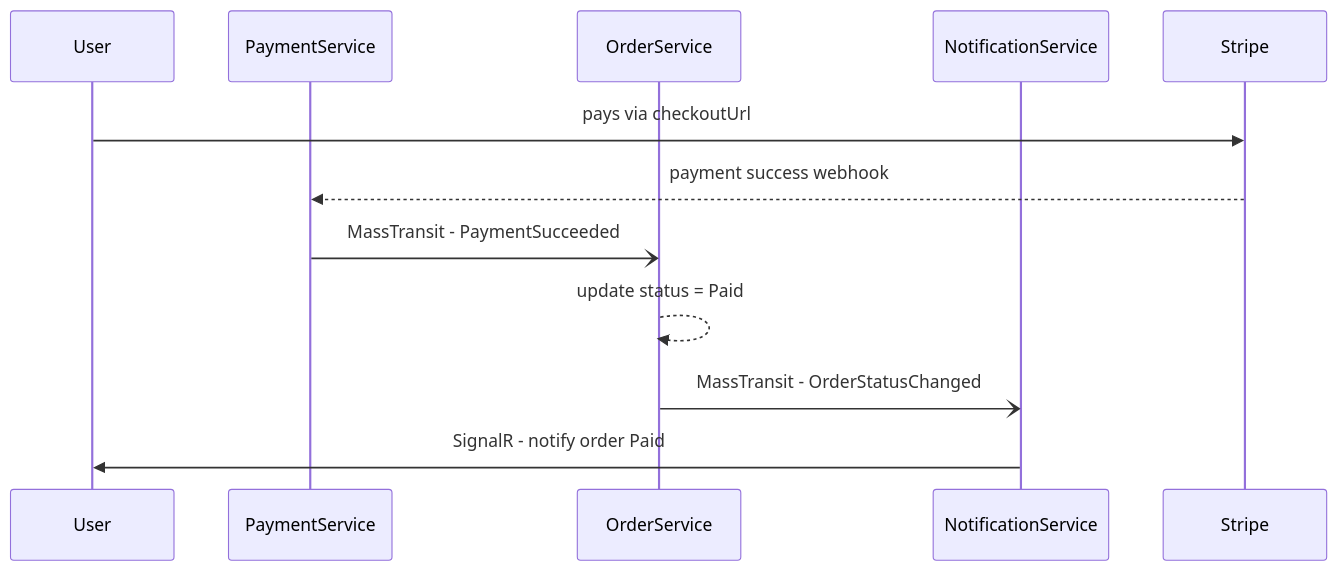
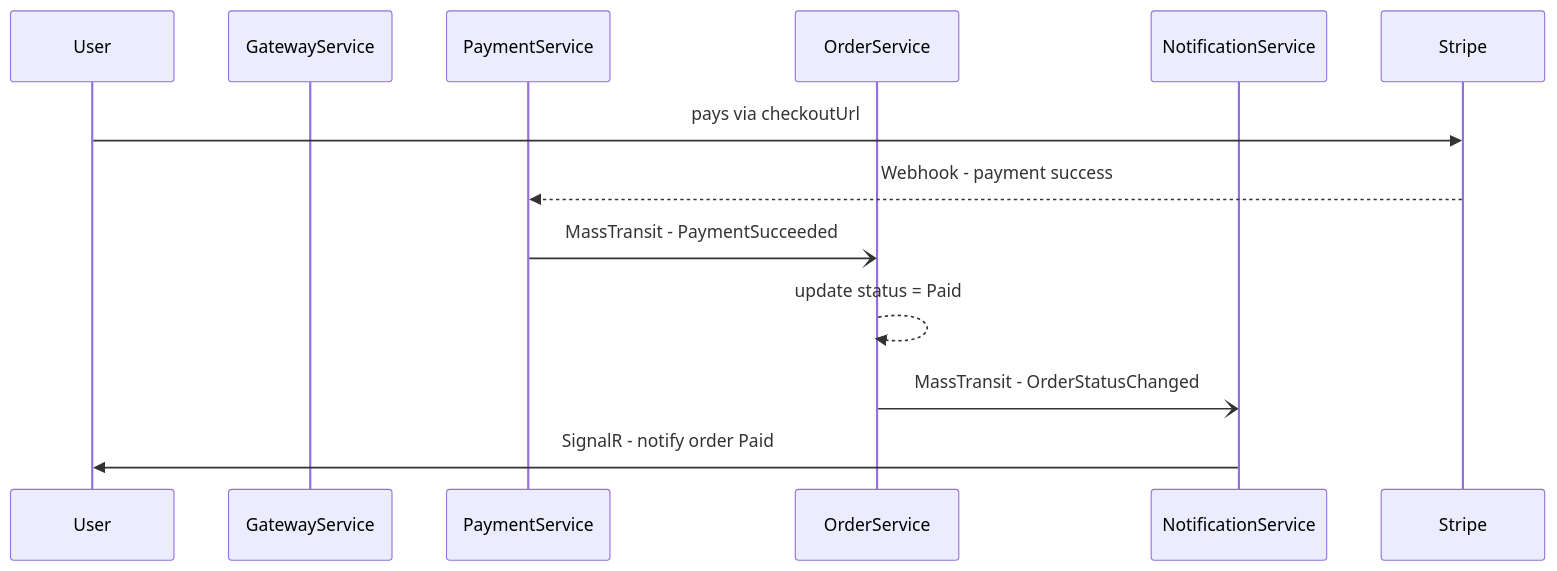
Before and after one commit to JakubKopecky-dev/ECommerceApp: the second of 2 diagrams in README.md, drawn with Mermaid. The commit also changed other lines of this file, not shown here.

````diff
--- a/README.md
+++ b/README.md
@@ -186,15 +194,16 @@
 ```mermaid
 sequenceDiagram
     participant User
+    participant GatewayService
     participant PaymentService
     participant OrderService
     participant NotificationService
     participant Stripe
 
     User->>Stripe: pays via checkoutUrl
-    Stripe-->>PaymentService: payment success webhook
+    Stripe-->>PaymentService: Webhook - payment success
     PaymentService-)OrderService: MassTransit - PaymentSucceeded
     OrderService-->>OrderService: update status = Paid
     OrderService-)NotificationService: MassTransit - OrderStatusChanged
     NotificationService->>User: SignalR - notify order Paid
 ```
````
